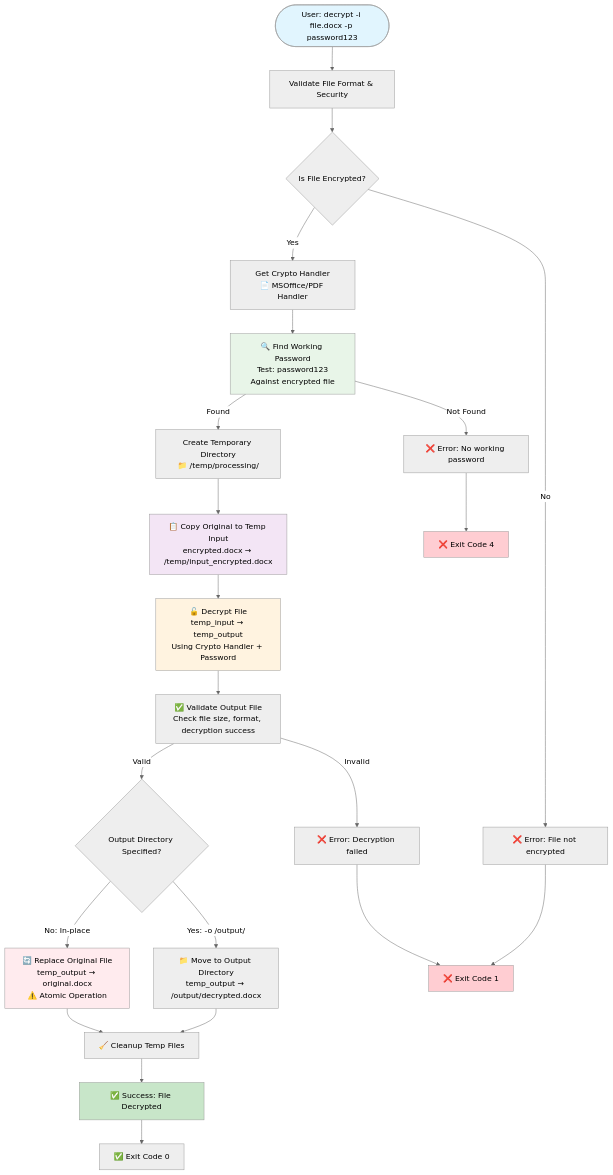
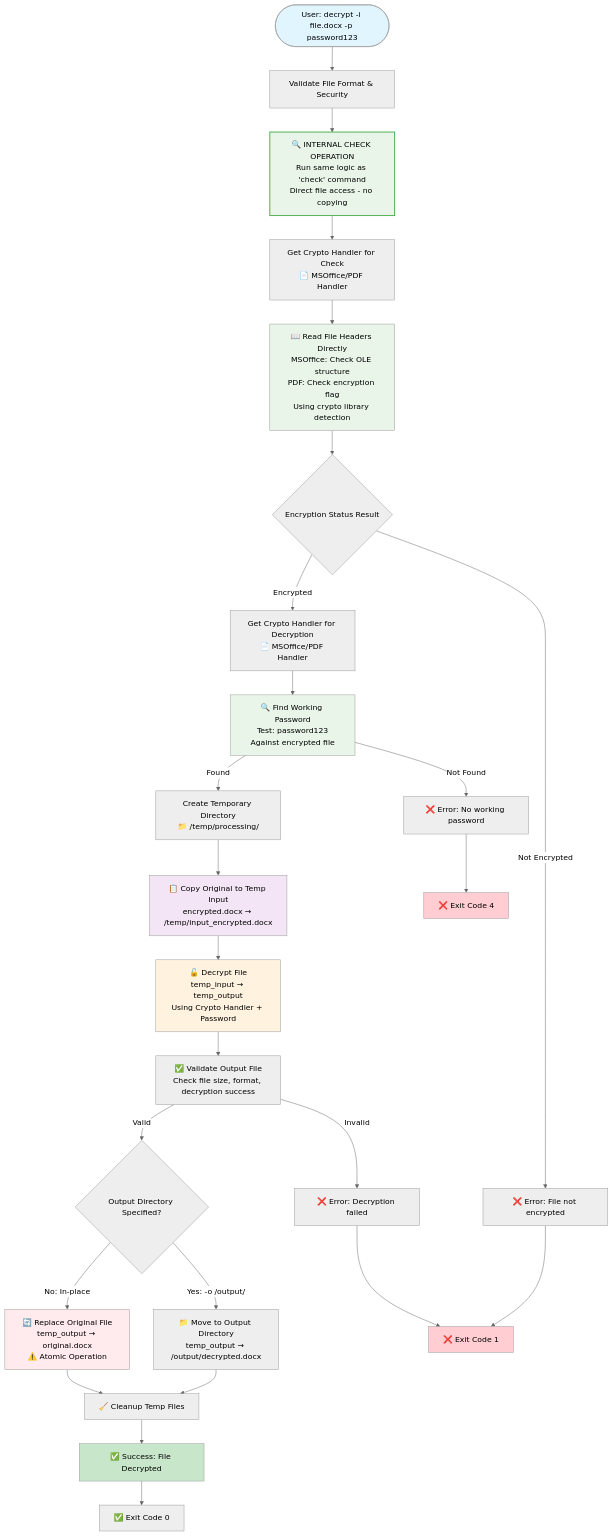
The third of 10 diagrams in dev/FASTPASS_BUSINESS_LOGIC_DIAGRAM.md (tenpainator/fast_pass), drawn with Mermaid (neutral theme) before and after one commit. The commit also changed other lines of this file and 2 other files, not shown here.

First line of the commit message:
Enhance business logic diagrams: clarify internal check operation usage

````diff
--- a/dev/FASTPASS_BUSINESS_LOGIC_DIAGRAM.md
+++ b/dev/FASTPASS_BUSINESS_LOGIC_DIAGRAM.md
@@ -68,40 +74,46 @@
 ```mermaid
 flowchart TD
     START([User: decrypt -i file.docx -p password123]) --> VALIDATE[Validate File Format & Security]
-    VALIDATE --> CHECK_ENC{Is File Encrypted?}
+    VALIDATE --> RUN_CHECK[🔍 INTERNAL CHECK OPERATION<br/>Run same logic as 'check' command<br/>Direct file access - no copying]
     
-    CHECK_ENC -->|No| ERROR_NOT_ENC[❌ Error: File not encrypted]
-    CHECK_ENC -->|Yes| GET_HANDLER[Get Crypto Handler<br/>📄 MSOffice/PDF Handler]
+    RUN_CHECK --> GET_HANDLER_CHECK[Get Crypto Handler for Check<br/>📄 MSOffice/PDF Handler]
+    GET_HANDLER_CHECK --> DETECT_ENC[📖 Read File Headers Directly<br/>MSOffice: Check OLE structure<br/>PDF: Check encryption flag<br/>Using crypto library detection]
+    
+    DETECT_ENC --> CHECK_ENC{Encryption Status Result}
+    CHECK_ENC -->|Not Encrypted| ERROR_NOT_ENC[❌ Error: File not encrypted]
+    CHECK_ENC -->|Encrypted| GET_HANDLER[Get Crypto Handler for Decryption<br/>📄 MSOffice/PDF Handler]
     
     GET_HANDLER --> FIND_PASSWORD[🔍 Find Working Password<br/>Test: password123<br/>Against encrypted file]
     FIND_PASSWORD -->|Found| CREATE_TEMP[Create Temporary Directory<br/>📁 /temp/processing/]
     FIND_PASSWORD -->|Not Found| ERROR_PASSWORD[❌ Error: No working password]
     
     CREATE_TEMP --> COPY_INPUT[📋 Copy Original to Temp Input<br/>encrypted.docx → /temp/input_encrypted.docx]
     COPY_INPUT --> DECRYPT[🔓 Decrypt File<br/>temp_input → temp_output<br/>Using Crypto Handler + Password]
     
     DECRYPT --> VALIDATE_OUTPUT[✅ Validate Output File<br/>Check file size, format, decryption success]
     VALIDATE_OUTPUT -->|Valid| DETERMINE_FINAL{Output Directory Specified?}
     VALIDATE_OUTPUT -->|Invalid| ERROR_CORRUPT[❌ Error: Decryption failed]
     
     DETERMINE_FINAL -->|Yes: -o /output/| MOVE_TO_DIR[📁 Move to Output Directory<br/>temp_output → /output/decrypted.docx]
     DETERMINE_FINAL -->|No: In-place| REPLACE_ORIGINAL[🔄 Replace Original File<br/>temp_output → original.docx<br/>⚠️ Atomic Operation]
     
     MOVE_TO_DIR --> CLEANUP[🧹 Cleanup Temp Files]
     REPLACE_ORIGINAL --> CLEANUP
     CLEANUP --> SUCCESS[✅ Success: File Decrypted]
     
     ERROR_NOT_ENC --> FAIL[❌ Exit Code 1]
     ERROR_PASSWORD --> FAIL_PWD[❌ Exit Code 4]
     ERROR_CORRUPT --> FAIL
     SUCCESS --> PASS[✅ Exit Code 0]
 
     style START fill:#e1f5fe
     style SUCCESS fill:#c8e6c9
     style FAIL fill:#ffcdd2
     style FAIL_PWD fill:#ffcdd2
     style DECRYPT fill:#fff3e0
     style COPY_INPUT fill:#f3e5f5
     style REPLACE_ORIGINAL fill:#ffebee
     style FIND_PASSWORD fill:#e8f5e8
+    style RUN_CHECK fill:#e8f5e8,stroke:#4caf50,stroke-width:2px
+    style DETECT_ENC fill:#e8f5e8
 ```
````
